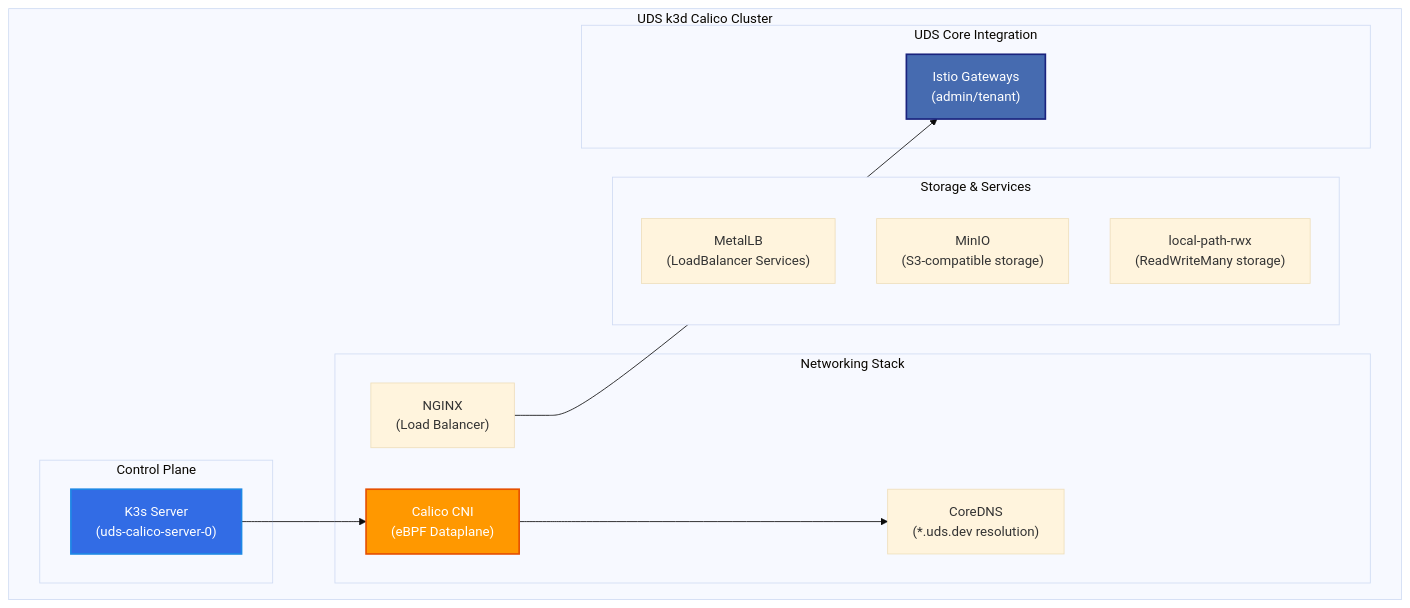
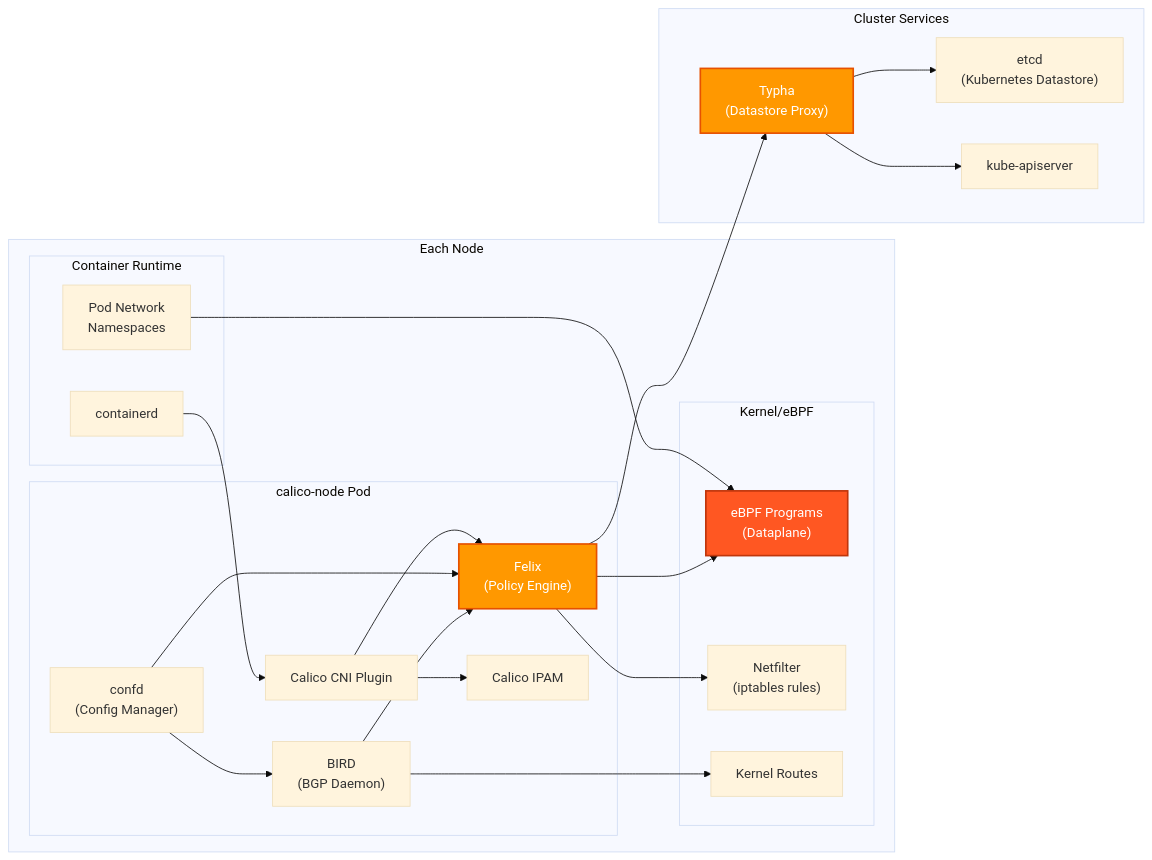
One commit to mkm29/uds-k3d-calico changed the second of 2 diagrams in README.md. Above: the diagram before and after it, drawn with Mermaid (base theme). The commit also changed other lines of this file and 19 other files, not shown here.

````diff
--- a/README.md
+++ b/README.md
@@ -74,32 +166,48 @@
 ```mermaid
-graph TB
-    subgraph "UDS k3d Calico Cluster"
-        subgraph "Control Plane"
-            K3S["K3s Server<br/>(uds-calico-server-0)"]
+graph LR
+    subgraph "Each Node"
+        subgraph "calico-node Pod"
+            FELIX["Felix<br/>(Policy Engine)"]
+            BIRD["BIRD<br/>(BGP Daemon)"]
+            CONFD["confd<br/>(Config Manager)"]
+            CNI["Calico CNI Plugin"]
+            IPAM["Calico IPAM"]
         end
 
-        subgraph "Networking Stack"
-            CALICO["Calico CNI<br/>(eBPF Dataplane)"]
-            COREDNS["CoreDNS<br/>(*.uds.dev resolution)"]
-            NGINX["NGINX<br/>(Load Balancer)"]
+        subgraph "Kernel/eBPF"
+            BPF["eBPF Programs<br/>(Dataplane)"]
+            NETFILTER["Netfilter<br/>(iptables rules)"]
+            ROUTES["Kernel Routes"]
         end
 
-        subgraph "Storage & Services"
-            METALLB["MetalLB<br/>(LoadBalancer Services)"]
-            MINIO["MinIO<br/>(S3-compatible storage)"]
-            LOCALPATH["local-path-rwx<br/>(ReadWriteMany storage)"]
-        end
-
-        subgraph "UDS Core Integration"
-            ISTIO["Istio Gateways<br/>(admin/tenant)"]
+        subgraph "Container Runtime"
+            CONTAINERD["containerd"]
+            PODS["Pod Network<br/>Namespaces"]
         end
     end
 
-    K3S --> CALICO
-    CALICO --> COREDNS
-    NGINX --> ISTIO
+    subgraph "Cluster Services"
+        TYPHA2["Typha<br/>(Datastore Proxy)"]
+        ETCD2["etcd<br/>(Kubernetes Datastore)"]
+        APISERVER2["kube-apiserver"]
+    end
 
-    style CALICO fill:#ff9800,stroke:#e65100,stroke-width:2px,color:#fff
-    style K3S fill:#326ce5,stroke:#1e88e5,stroke-width:2px,color:#fff
-    style ISTIO fill:#466bb0,stroke:#1a237e,stroke-width:2px,color:#fff
+    FELIX --> BPF
+    FELIX --> NETFILTER
+    FELIX --> TYPHA2
+    BIRD --> ROUTES
+    BIRD --> FELIX
+    CONFD --> BIRD
+    CONFD --> FELIX
+    CNI --> IPAM
+    CNI --> FELIX
+    CONTAINERD --> CNI
+    PODS --> BPF
+
+    TYPHA2 --> ETCD2
+    TYPHA2 --> APISERVER2
+
+    style FELIX fill:#ff9800,stroke:#e65100,stroke-width:2px,color:#fff
+    style BPF fill:#ff5722,stroke:#bf360c,stroke-width:2px,color:#fff
+    style TYPHA2 fill:#ff9800,stroke:#e65100,stroke-width:2px,color:#fff
 ```
````
